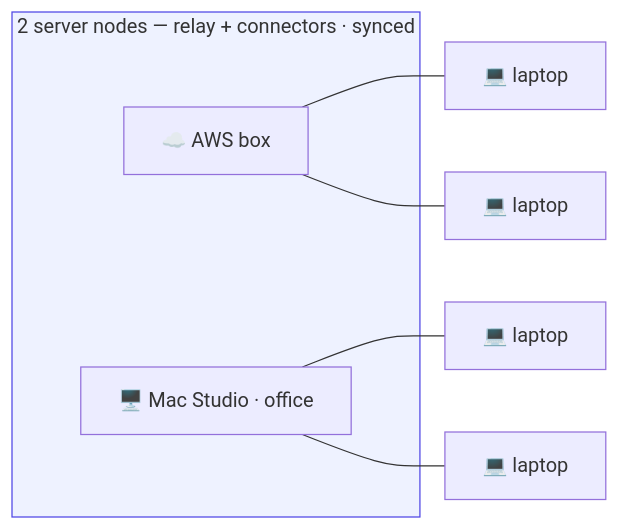
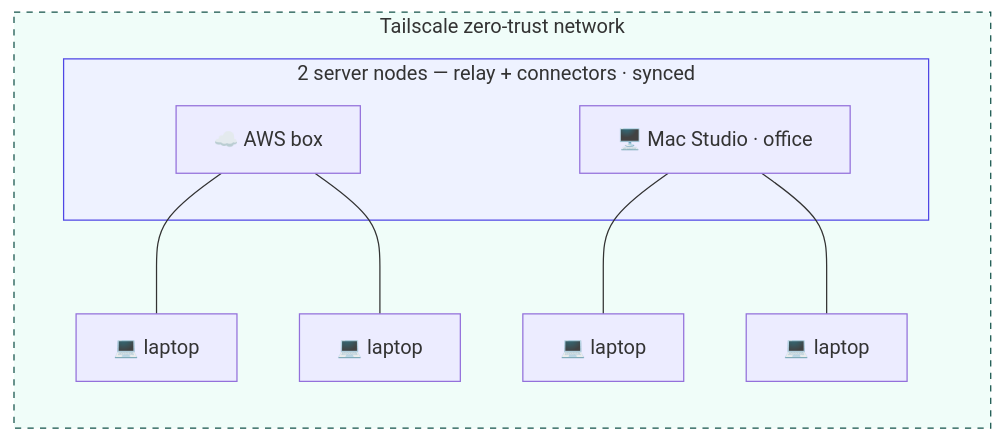
Before and after one commit to fractalboxdev/superai2026: the third of 3 diagrams in slides/slides.md, drawn with Mermaid. The commit also changed other lines of this file and 24 other files, not shown here.

First line of the commit message:
Slide deck: design-system theme, SV-cast comic illustrations, restructured flow

````diff
--- a/slides/slides.md
+++ b/slides/slides.md
@@ -356,12 +421,15 @@
 ```mermaid
 flowchart LR
-    subgraph S["2 server nodes — relay + connectors · synced"]
-        AWS["☁️ AWS box"]
-        MS["🖥️ Mac Studio · office"]
+    subgraph TS["Tailscale zero-trust network"]
+        subgraph S["2 server nodes — relay + connectors · synced"]
+            AWS["☁️ AWS box"]
+            MS["🖥️ Mac Studio · office"]
+        end
+        AWS --- L1["💻 laptop"]
+        AWS --- L2["💻 laptop"]
+        MS --- L3["💻 laptop"]
+        MS --- L4["💻 laptop"]
     end
-    AWS --- L1["💻 laptop"]
-    AWS --- L2["💻 laptop"]
-    MS --- L3["💻 laptop"]
-    MS --- L4["💻 laptop"]
     style S fill:#eef2ff,stroke:#4f46e5
+    style TS fill:#f0fdf9,stroke:#14534a,stroke-dasharray: 5 5
 ```
````
